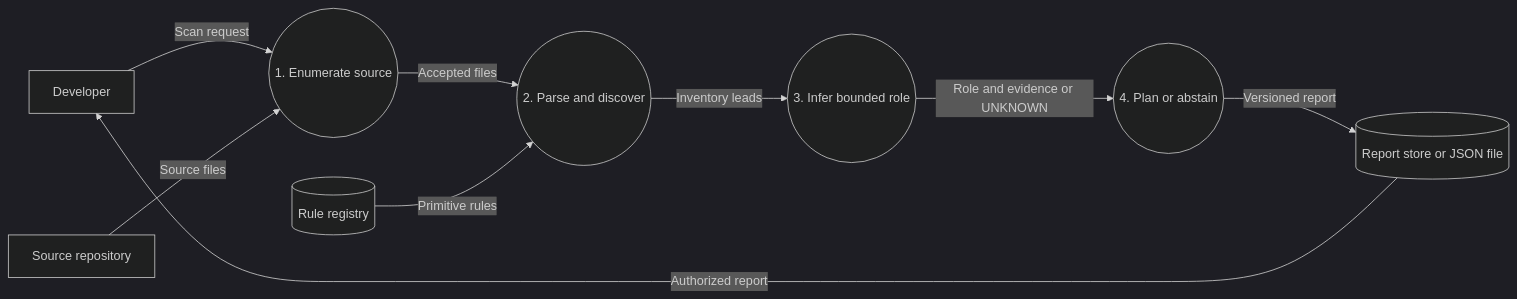
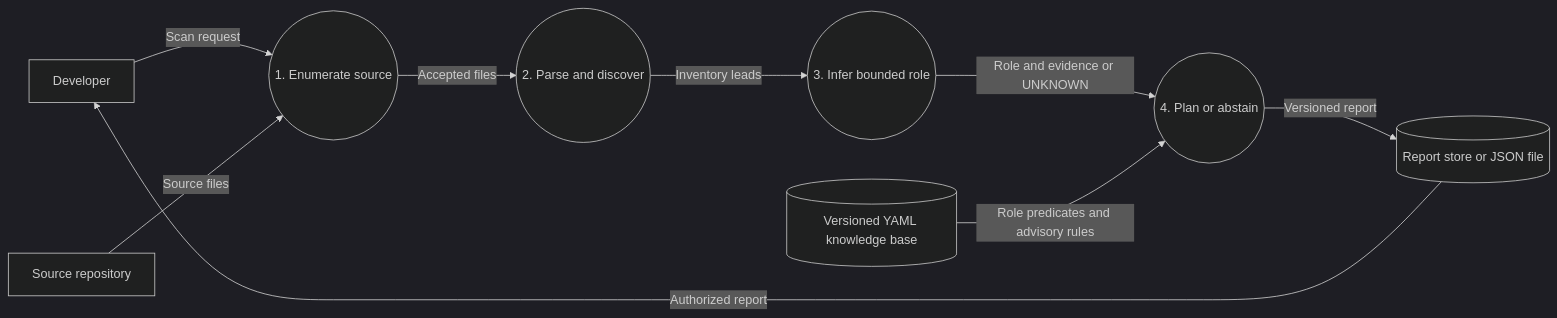
One commit to Ratneshp1122/PQMigrate changed the fifth of 5 diagrams in docs/review/system-diagrams.md. Above: the diagram before and after it, drawn with Mermaid (dark theme). The commit also changed other lines of this file and 19 other files, not shown here.

Commit message:
feat: add versioned D7 migration knowledge base

````diff
--- a/docs/review/system-diagrams.md
+++ b/docs/review/system-diagrams.md
@@ -91,11 +91,11 @@
 ```mermaid
 flowchart LR
     U[Developer] -->|Scan request| P1((1. Enumerate source))
     R[Source repository] -->|Source files| P1
     P1 -->|Accepted files| P2((2. Parse and discover))
     P2 -->|Inventory leads| P3((3. Infer bounded role))
     P3 -->|Role and evidence or UNKNOWN| P4((4. Plan or abstain))
-    K[(Rule registry)] -->|Primitive rules| P2
+    K[(Versioned YAML knowledge base)] -->|Role predicates and advisory rules| P4
     P4 -->|Versioned report| D[(Report store or JSON file)]
     D -->|Authorized report| U
 ```
````
